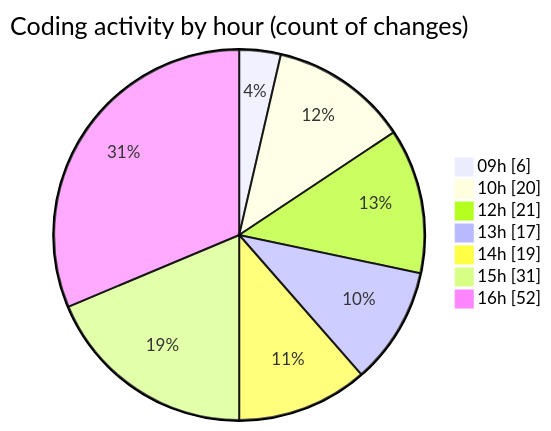
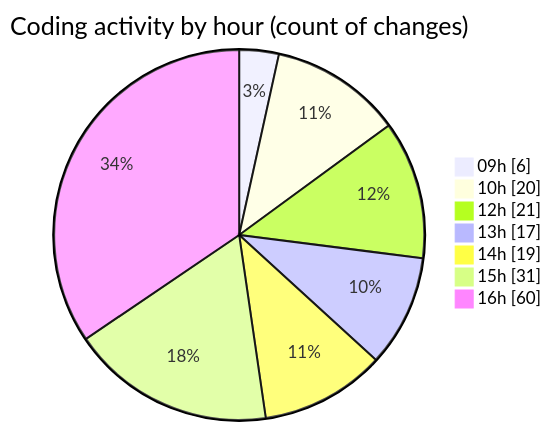
One commit to becaeroporto-bot/code-tracking changed the second of 2 diagrams in 2026-02-18/bot_v1_2/README.md. Above: the diagram before and after it, drawn with Mermaid. The commit also changed other lines of this file and 1 other file, not shown here.

````diff
--- a/2026-02-18/bot_v1_2/README.md
+++ b/2026-02-18/bot_v1_2/README.md
@@ -57,11 +57,11 @@
 ```mermaid
 pie showData
 title Coding activity by hour (count of changes)
 "09h" : 6
 "10h" : 20
 "12h" : 21
 "13h" : 17
 "14h" : 19
 "15h" : 31
-"16h" : 52
+"16h" : 60
 ```
````
